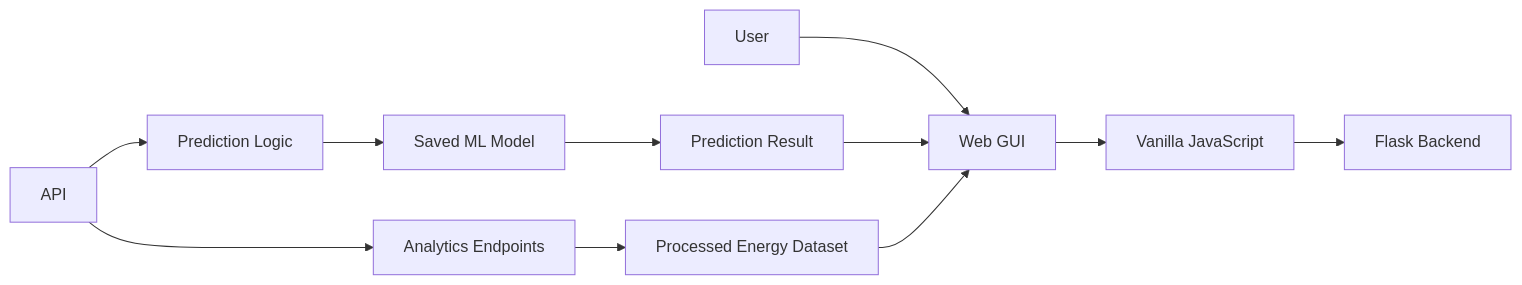
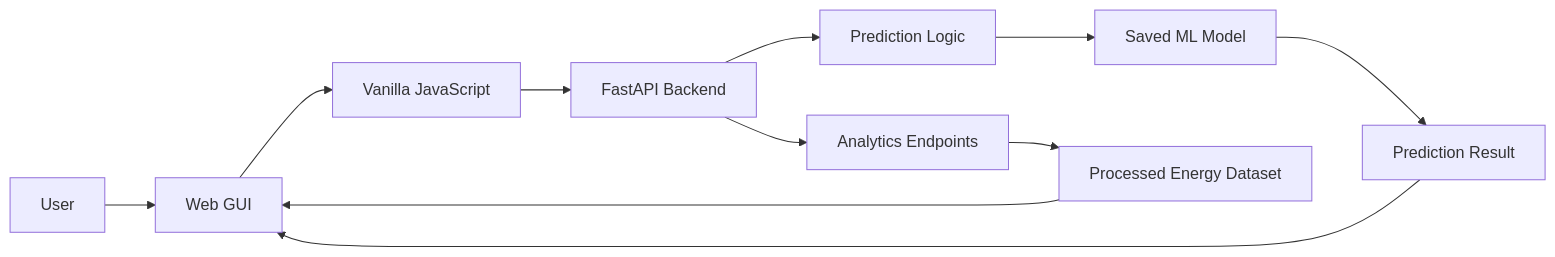
Before and after one commit to YoussefAtef15/Smart-Energy-Consumption-Prediction: the first of 2 diagrams in README.md, drawn with Mermaid. The commit also changed other lines of this file, not shown here.

First line of the commit message:
Migrate application from Flask to FastAPI

````diff
--- a/README.md
+++ b/README.md
@@ -475,13 +523,13 @@
 ```mermaid
 flowchart LR
     User[User] --> GUI[Web GUI]
     GUI --> JS[Vanilla JavaScript]
-    JS --> Flask[Flask Backend]
+    JS --> API[FastAPI Backend]
     API --> Prediction[Prediction Logic]
     API --> Analytics[Analytics Endpoints]
     Prediction --> Model[Saved ML Model]
     Analytics --> Data[Processed Energy Dataset]
     Model --> Result[Prediction Result]
     Result --> GUI
     Data --> GUI
 ```
````
